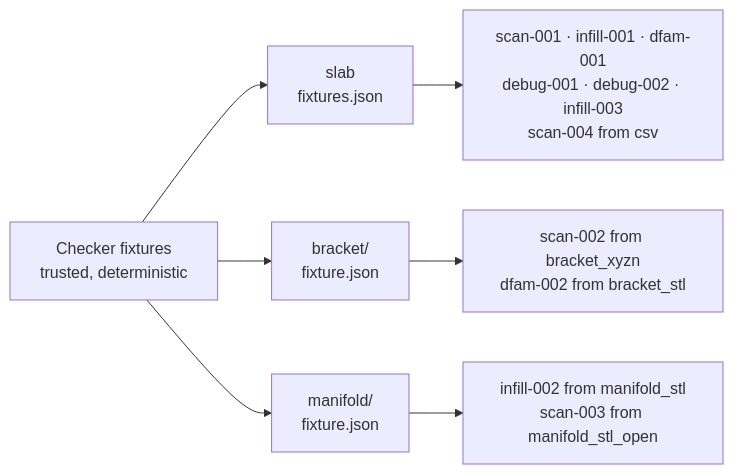
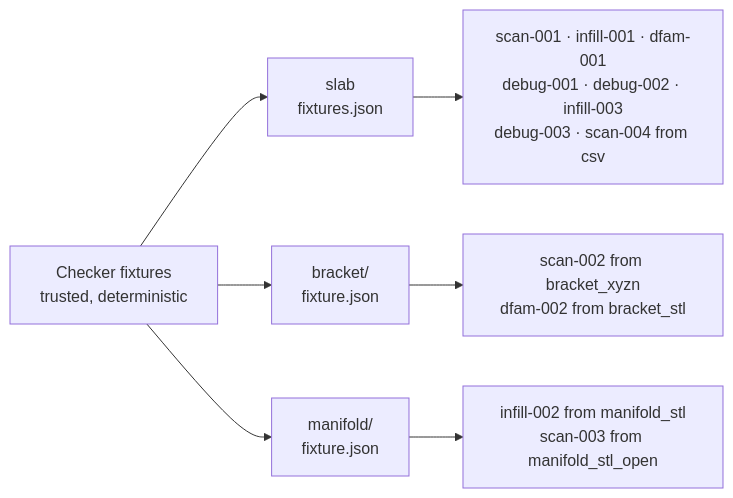
One commit to cluster2600/qwen-picogk changed the second of 2 diagrams in docs/DFAM_CODE_CORPUS.md. Above: the diagram before and after it, drawn with Mermaid. The commit also changed other lines of this file and 4 other files, not shown here.

````diff
--- a/docs/DFAM_CODE_CORPUS.md
+++ b/docs/DFAM_CODE_CORPUS.md
@@ -100,9 +103,9 @@
 ```mermaid
 flowchart LR
     G["Checker fixtures<br/>trusted, deterministic"] --> S["slab<br/>fixtures.json"]
     G --> B["bracket/<br/>fixture.json"]
     G --> M["manifold/<br/>fixture.json"]
-    S --> C1["scan-001 · infill-001 · dfam-001<br/>debug-001 · debug-002 · infill-003<br/>scan-004 from csv"]
+    S --> C1["scan-001 · infill-001 · dfam-001<br/>debug-001 · debug-002 · infill-003<br/>debug-003 · scan-004 from csv"]
     B --> C2["scan-002 from bracket_xyzn<br/>dfam-002 from bracket_stl"]
     M --> C3["infill-002 from manifold_stl<br/>scan-003 from manifold_stl_open"]
 ```
````
